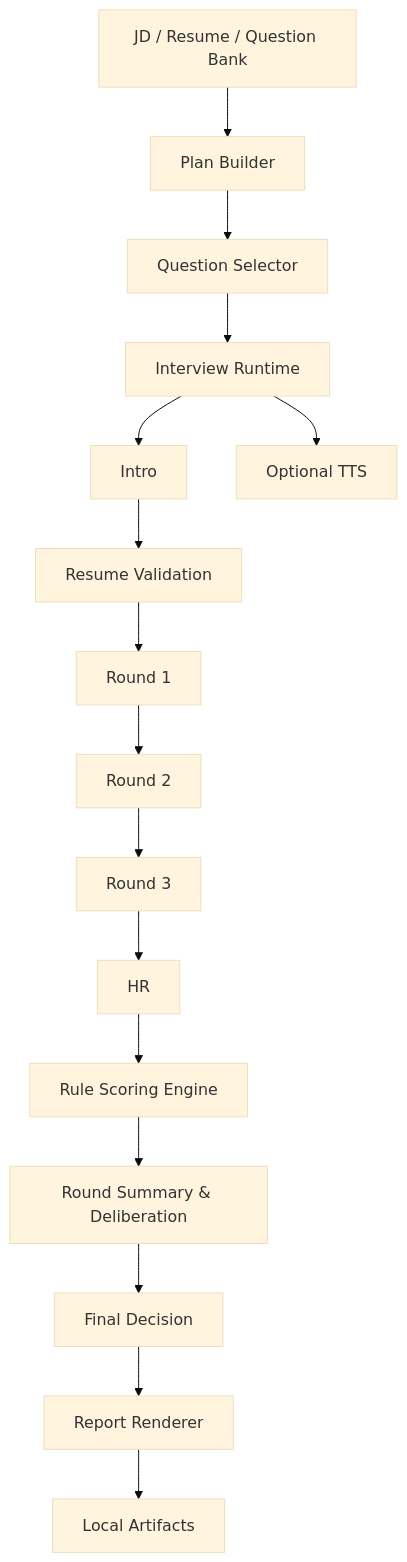
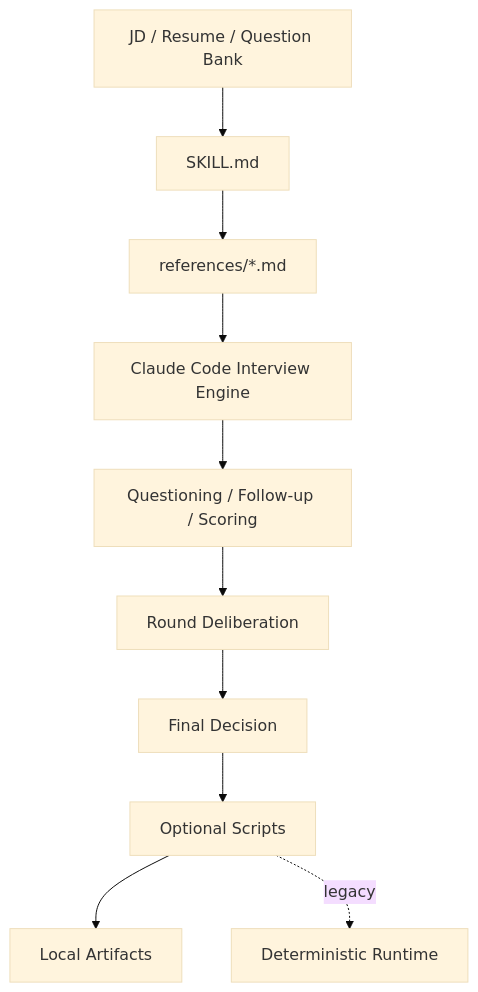
Before and after one commit to Moosphan/hulk-skills: the diagram in skills/android-interview/README.md, drawn with Mermaid (base theme). The commit also changed other lines of this file and 26 other files, not shown here.

Commit message:
Refactor android interview skill to markdown-first flow

````diff
--- a/skills/android-interview/README.md
+++ b/skills/android-interview/README.md
@@ -21,18 +22,12 @@
 ```mermaid
 flowchart TD
-  A[JD / Resume / Question Bank] --> B[Plan Builder]
-  B --> C[Question Selector]
-  C --> D[Interview Runtime]
-  D --> D1[Intro]
-  D1 --> D2[Resume Validation]
-  D2 --> D3[Round 1]
-  D3 --> D4[Round 2]
-  D4 --> D5[Round 3]
-  D5 --> D6[HR]
-  D6 --> E[Rule Scoring Engine]
-  E --> F[Round Summary & Deliberation]
+  A[JD / Resume / Question Bank] --> B[SKILL.md]
+  B --> C[references/*.md]
+  C --> D[Claude Code Interview Engine]
+  D --> E[Questioning / Follow-up / Scoring]
+  E --> F[Round Deliberation]
   F --> G[Final Decision]
-  G --> H[Report Renderer]
-  D --> I[Optional TTS]
-  H --> J[Local Artifacts]
+  G --> H[Optional Scripts]
+  H --> I[Local Artifacts]
+  H -. legacy .-> J[Deterministic Runtime]
 ```
````
